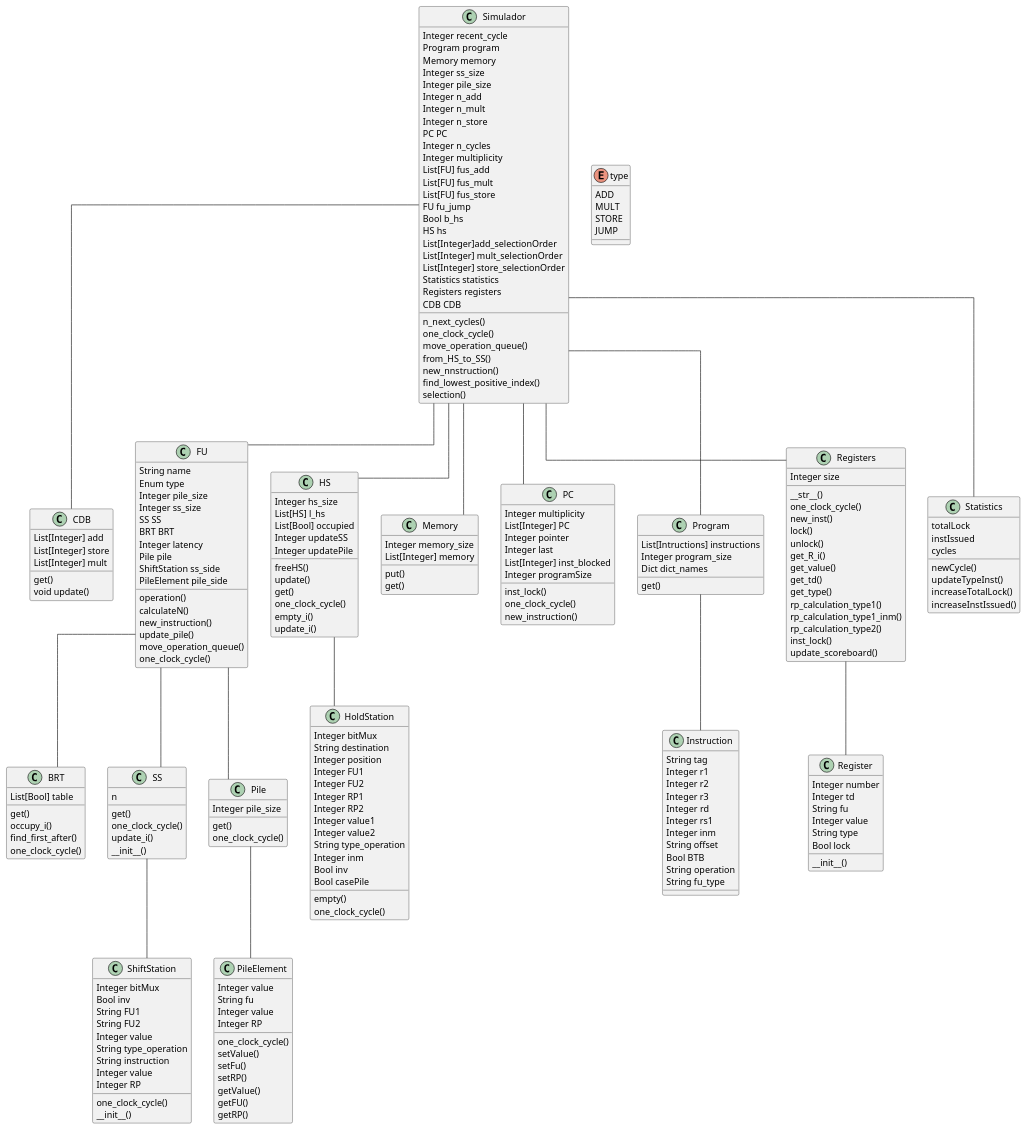
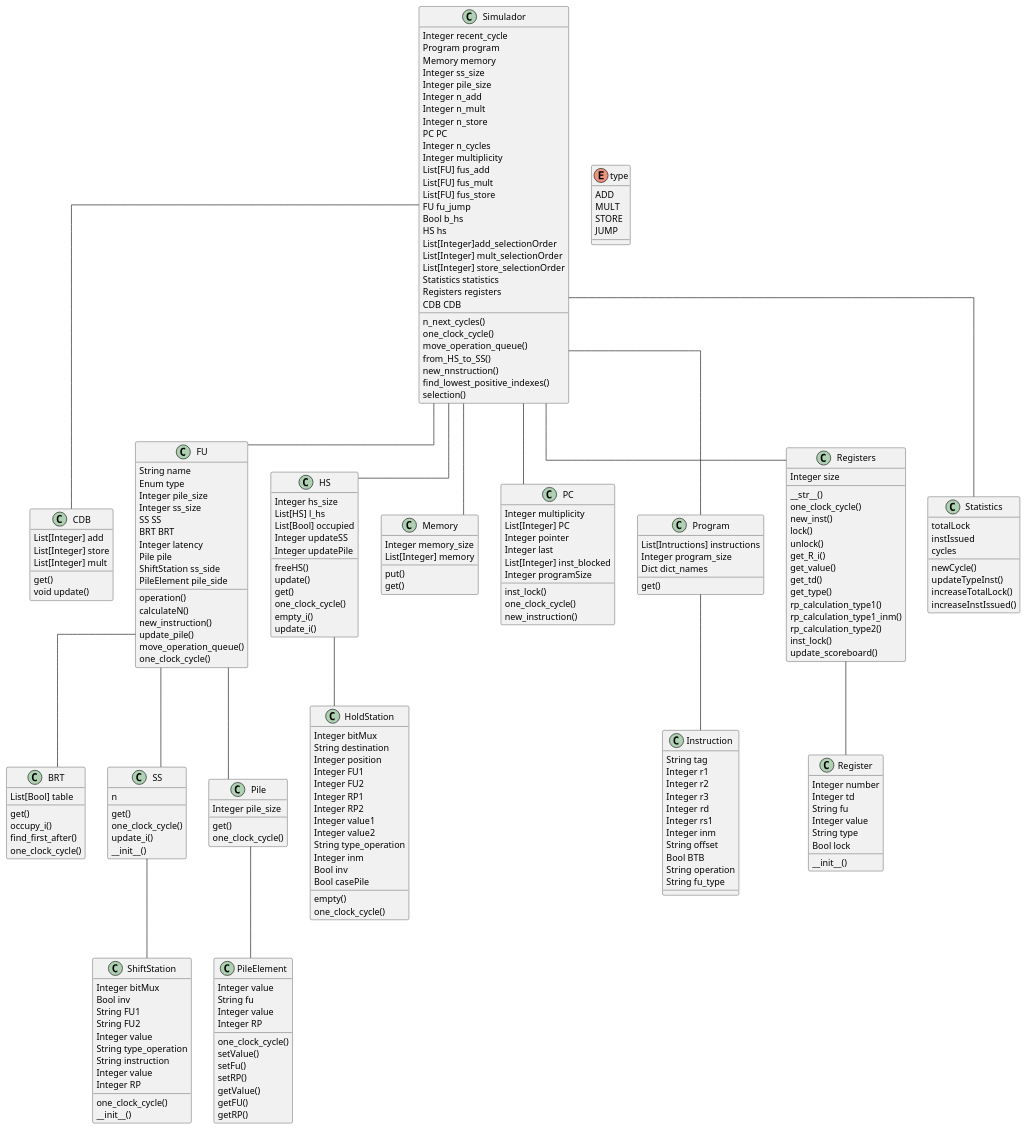
The diagram in UML/aux.puml (bellopsal/ChonosPlan), drawn with PlantUML before and after one commit. The commit also changed 27 other files, not shown here.

```diff
--- a/UML/aux.puml
+++ b/UML/aux.puml
@@ -190,7 +190,7 @@
     move_operation_queue()
     from_HS_to_SS()
     new_nnstruction()
-    find_lowest_positive_index()
+    find_lowest_positive_indexes()
     selection()
         Integer recent_cycle
     Program program
```
